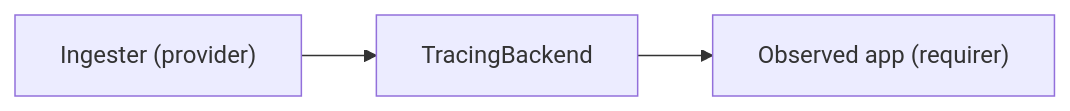
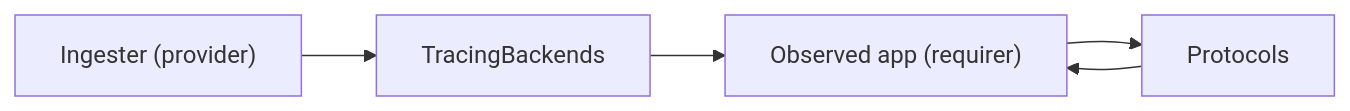
The diagram in interfaces/tracing/v0/README.md (canonical/charm-relation-interfaces), drawn with Mermaid before and after one commit. The commit also changed other lines of this file and 4 other files, not shown here.

Commit message:
tracing v2 schema and spec

````diff
--- a/interfaces/tracing/v0/README.md
+++ b/interfaces/tracing/v0/README.md
@@ -16,4 +16,5 @@
 ```mermaid
 graph LR
-    Provider["Ingester (provider)"]  --> TracingBackend["TracingBackend"] --> Requirer["Observed app (requirer)"]
+    Requirer["Observed app (requirer)"]  --> Protocols --> Requirer["Ingester (provider)"]
+    Provider["Ingester (provider)"]  --> TracingBackends --> Requirer["Observed app (requirer)"]
 ```
````
